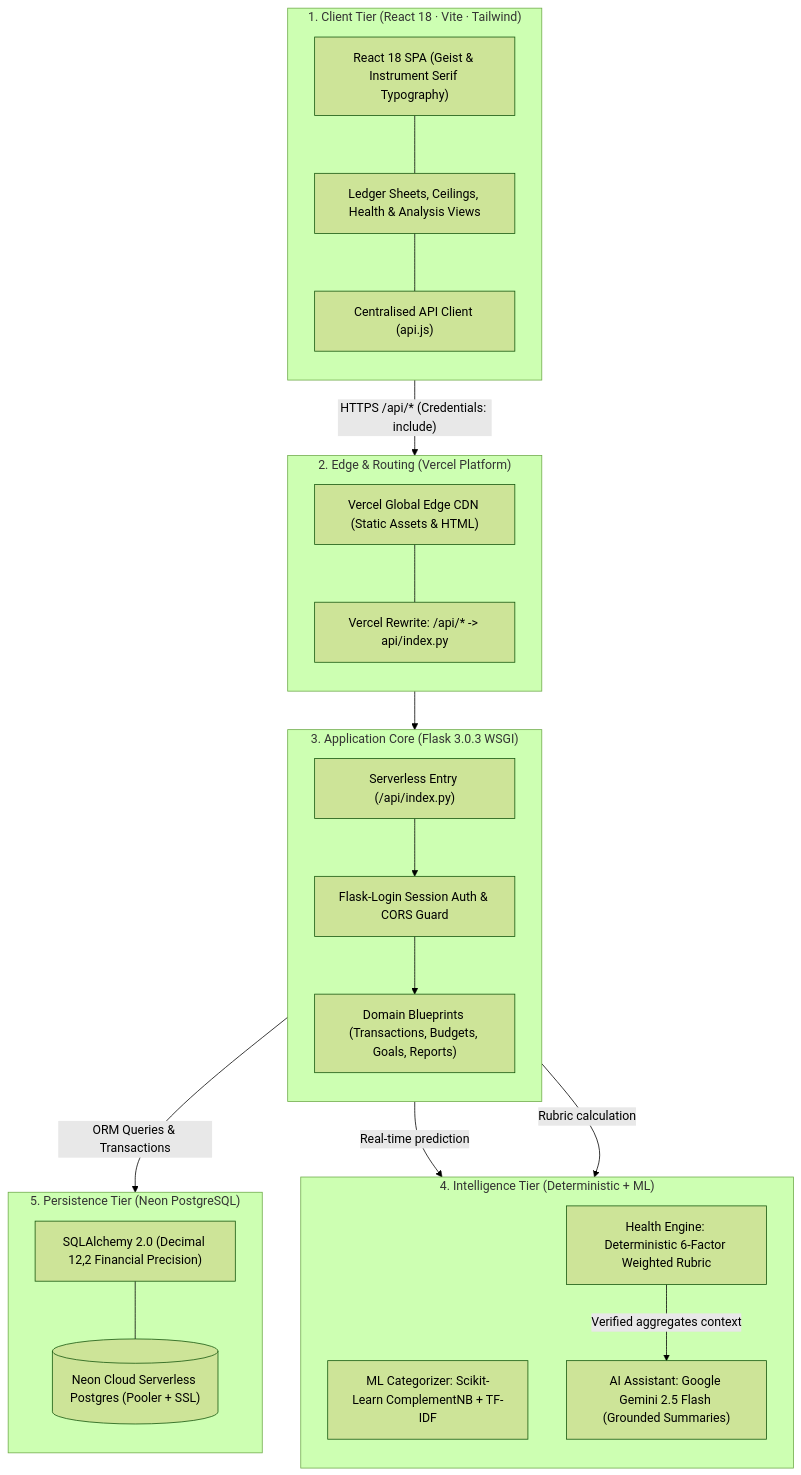
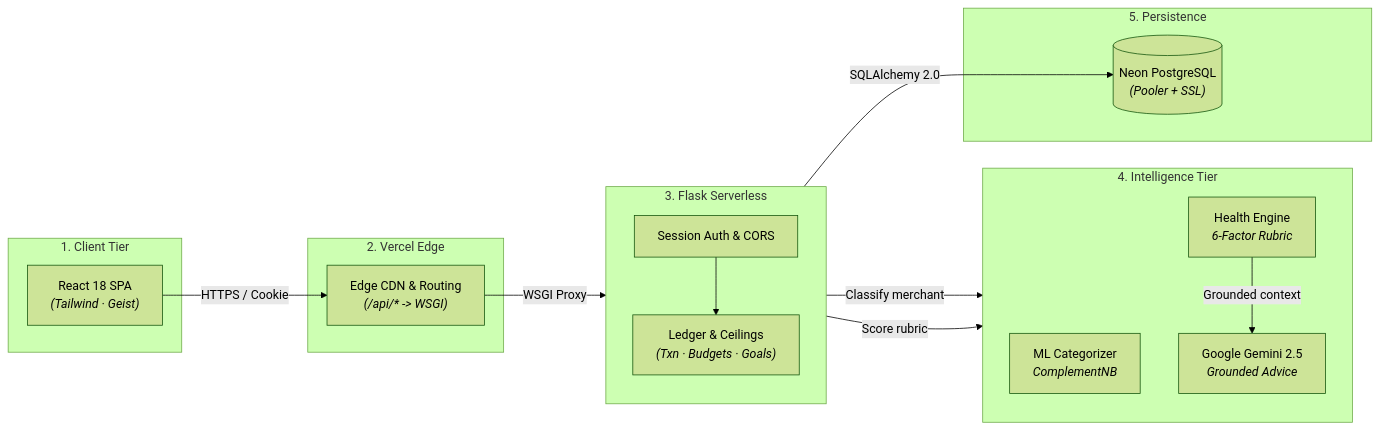
Before and after one commit to Git-huber2007/FinWise: the diagram in README.md, drawn with Mermaid (forest theme). The commit also changed other lines of this file and 5 other files, not shown here.

Commit message:
docs: embed visual architecture directly in README and make diagram clickable

````diff
--- a/README.md
+++ b/README.md
@@ -27,46 +32,44 @@
 ```mermaid
-flowchart TD
-    subgraph Client["1. Client Tier (React 18 · Vite · Tailwind)"]
-        direction TB
-        UI["React 18 SPA (Geist & Instrument Serif Typography)"]
-        LedgerUI["Ledger Sheets, Ceilings, Health & Analysis Views"]
-        FetchClient["Centralised API Client (api.js)"]
-        UI --- LedgerUI --- FetchClient
+flowchart LR
+    subgraph ClientTier["1. Client Tier"]
+        UI["React 18 SPA<br/><i>(Tailwind · Geist)</i>"]
     end
 
-    subgraph Edge["2. Edge & Routing (Vercel Platform)"]
-        direction TB
-        CDN["Vercel Global Edge CDN (Static Assets & HTML)"]
-        RewriteRule["Vercel Rewrite: /api/* -> api/index.py"]
-        CDN --- RewriteRule
+    subgraph EdgeTier["2. Vercel Edge"]
+        VercelEdge["Edge CDN & Routing<br/><i>(/api/* -> WSGI)</i>"]
     end
 
-    subgraph Serverless["3. Application Core (Flask 3.0.3 WSGI)"]
+    subgraph AppTier["3. Flask Serverless"]
         direction TB
-        WSGIEntry["Serverless Entry (/api/index.py)"]
-        AuthShield["Flask-Login Session Auth & CORS Guard"]
-        DomainRoutes["Domain Blueprints (Transactions, Budgets, Goals, Reports)"]
-        WSGIEntry --> AuthShield --> DomainRoutes
+        Auth["Session Auth & CORS"]
+        Routes["Ledger & Ceilings<br/><i>(Txn · Budgets · Goals)</i>"]
+        Auth --> Routes
     end
 
-    subgraph Intelligence["4. Intelligence Tier (Deterministic + ML)"]
+    subgraph IntelligenceTier["4. Intelligence Tier"]
         direction TB
-        Categorizer["ML Categorizer: Scikit-Learn ComplementNB + TF-IDF"]
-        HealthScorer["Health Engine: Deterministic 6-Factor Weighted Rubric"]
-        GeminiAssistant["AI Assistant: Google Gemini 2.5 Flash (Grounded Summaries)"]
+        ML["ML Categorizer<br/><i>ComplementNB</i>"]
+        Rubric["Health Engine<br/><i>6-Factor Rubric</i>"]
+        Gemini["Google Gemini 2.5<br/><i>Grounded Advice</i>"]
     end
 
-    subgraph DataTier["5. Persistence Tier (Neon PostgreSQL)"]
-        direction TB
-        NeonDB[("Neon Cloud Serverless Postgres (Pooler + SSL)")]
-        SQLAlchemyORM["SQLAlchemy 2.0 (Decimal 12,2 Financial Precision)"]
-        SQLAlchemyORM --- NeonDB
+    subgraph DataTier["5. Persistence"]
+        Neon[("Neon PostgreSQL<br/><i>(Pooler + SSL)</i>")]
     end
 
-    FetchClient -->|"HTTPS /api/* (Credentials: include)"| RewriteRule
-    RewriteRule --> WSGIEntry
-    DomainRoutes -->|"Real-time prediction"| Categorizer
-    DomainRoutes -->|"Rubric calculation"| HealthScorer
-    HealthScorer -->|"Verified aggregates context"| GeminiAssistant
-    DomainRoutes -->|"ORM Queries & Transactions"| SQLAlchemyORM
+    UI -->|"HTTPS / Cookie"| VercelEdge
+    VercelEdge -->|"WSGI Proxy"| Auth
+    Routes -->|"Classify merchant"| ML
+    Routes -->|"Score rubric"| Rubric
+    Rubric -->|"Grounded context"| Gemini
+    Routes -->|"SQLAlchemy 2.0"| Neon
+
+    click UI href "https://github.com/Git-huber2007/FinWise/blob/main/finwise/frontend/src/App.jsx" "View React App Source"
+    click VercelEdge href "https://github.com/Git-huber2007/FinWise/blob/main/vercel.json" "View Vercel Config"
+    click Auth href "https://github.com/Git-huber2007/FinWise/blob/main/finwise/backend/app.py" "View Auth Code"
+    click Routes href "https://github.com/Git-huber2007/FinWise/blob/main/finwise/backend/routes/transactions.py" "View Ledger Routes"
+    click ML href "https://github.com/Git-huber2007/FinWise/blob/main/finwise/backend/ai/categorizer.py" "View Scikit-Learn Model"
+    click Rubric href "https://github.com/Git-huber2007/FinWise/blob/main/finwise/backend/ai/health.py" "View Health Engine"
+    click Gemini href "https://github.com/Git-huber2007/FinWise/blob/main/finwise/backend/ai/chat.py" "View Gemini Assistant"
+    click Neon href "https://github.com/Git-huber2007/FinWise/blob/main/finwise/backend/models.py" "View Database Schema"
 ```
````
